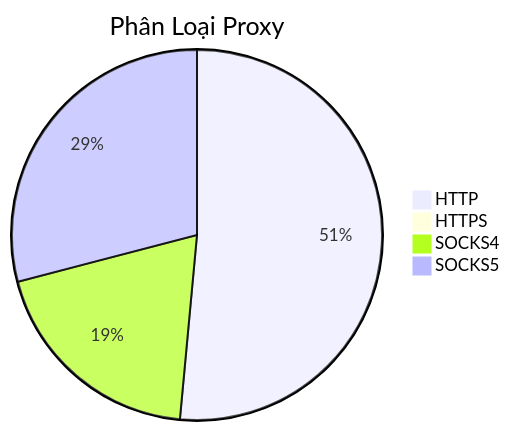
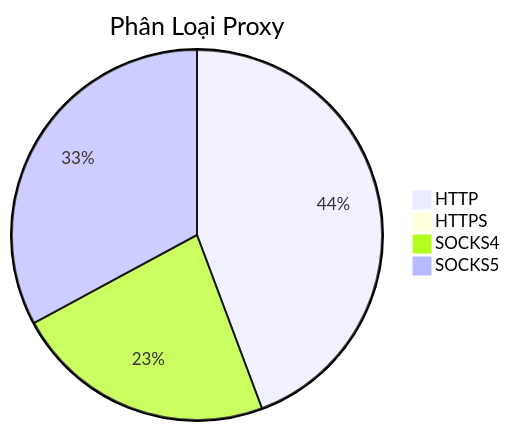
The diagram in README.md (Ciara-12/PROXY-free), drawn with Mermaid before and after one commit. The commit also changed other lines of this file and 4 other files, not shown here.

````diff
--- a/README.md
+++ b/README.md
@@ -26,7 +26,7 @@
 ```mermaid
 pie title Phân Loại Proxy
-    "HTTP" : 1084
-    "HTTPS" : 3
-    "SOCKS4" : 410
-    "SOCKS5" : 612
+    "HTTP" : 788
+    "HTTPS" : 2
+    "SOCKS4" : 406
+    "SOCKS5" : 585
 ```
````
